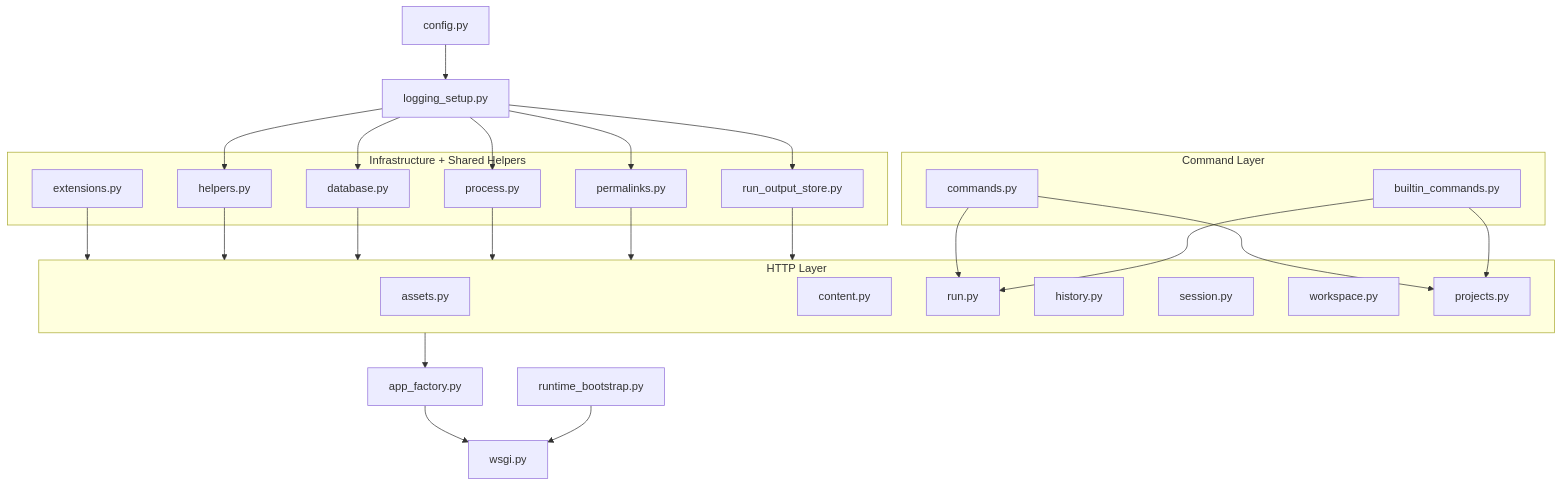
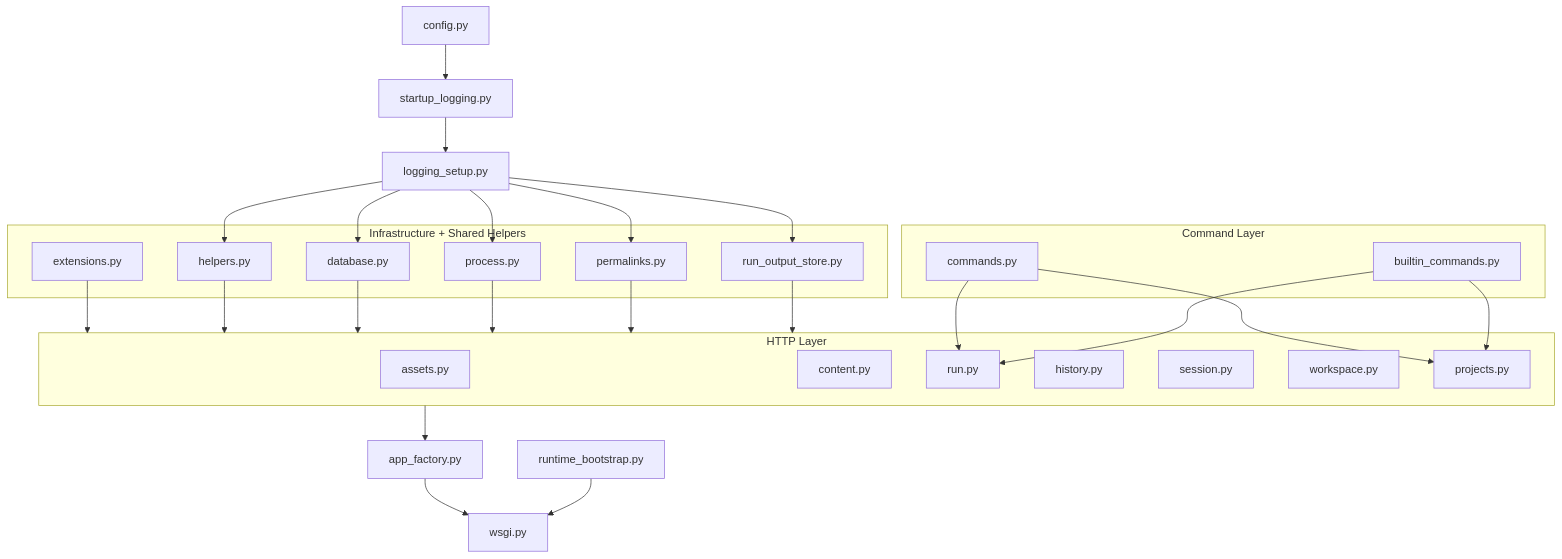
Before and after one commit to darklab-sh/darklab-shell: the fifth of 10 diagrams in ARCHITECTURE.md, drawn with Mermaid. The commit also changed other lines of this file and 105 other files, not shown here.

````diff
--- a/ARCHITECTURE.md
+++ b/ARCHITECTURE.md
@@ -952,53 +952,55 @@
 ```mermaid
 flowchart TB
   Config["config.py"]
+  StartupLogging["startup_logging.py"]
   Logging["logging_setup.py"]
 
   subgraph Infra["Infrastructure + Shared Helpers"]
     Helpers["helpers.py"]
     Database["database.py"]
     Process["process.py"]
     Permalinks["permalinks.py"]
     OutputStore["run_output_store.py"]
     Extensions["extensions.py"]
   end
 
   subgraph Commands["Command Layer"]
     CommandRules["commands.py"]
     BuiltinCommands["builtin_commands.py"]
   end
 
   subgraph Http["HTTP Layer"]
     Assets["assets.py"]
     Content["content.py"]
     Run["run.py"]
     History["history.py"]
     Session["session.py"]
     WorkspaceBp["workspace.py"]
     Projects["projects.py"]
   end
 
   Factory["app_factory.py"]
   Bootstrap["runtime_bootstrap.py"]
   Wsgi["wsgi.py"]
 
-  Config --> Logging
+  Config --> StartupLogging
+  StartupLogging --> Logging
   Logging --> Helpers
   Logging --> Database
   Logging --> Process
   Logging --> Permalinks
   Logging --> OutputStore
   Extensions --> Http
   Helpers --> Http
   Database --> Http
   Process --> Http
   Permalinks --> Http
   OutputStore --> Http
   CommandRules --> Run
   BuiltinCommands --> Run
   CommandRules --> Projects
   BuiltinCommands --> Projects
   Http --> Factory
   Factory --> Wsgi
   Bootstrap --> Wsgi
 ```
````
